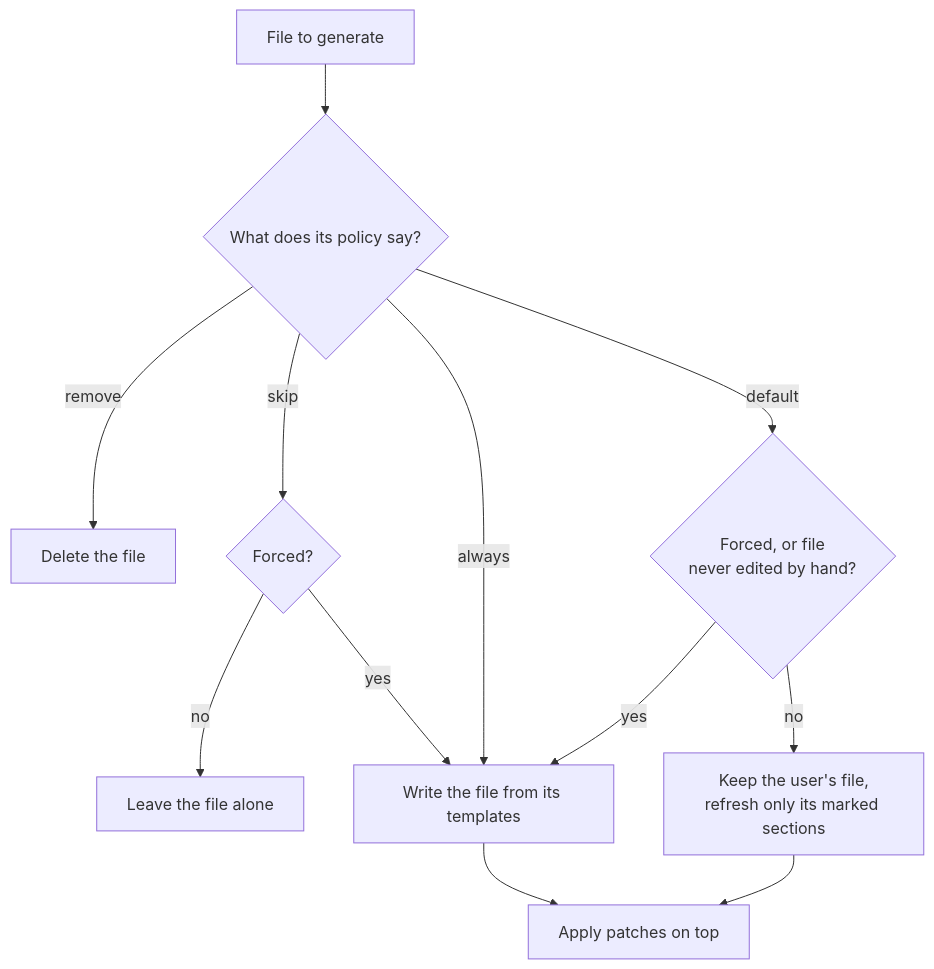
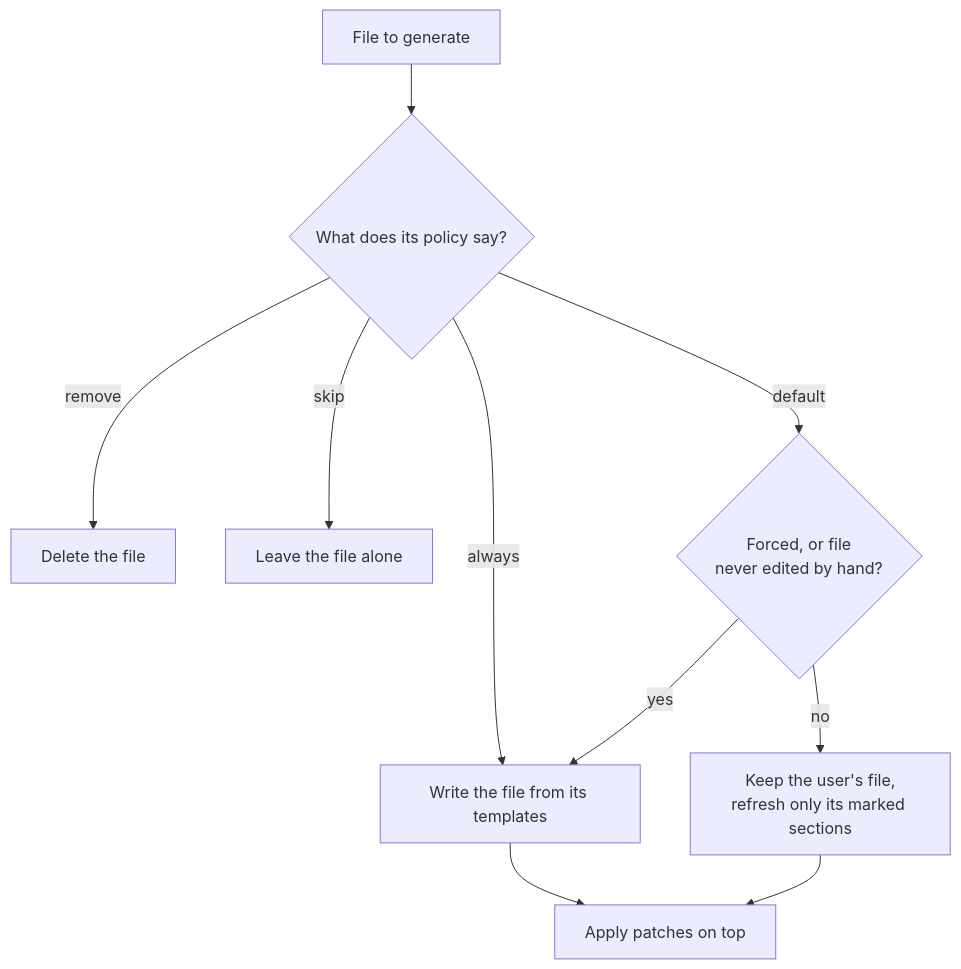
The third of 3 diagrams in README.md (kickr-dev/engine), drawn with Mermaid before and after one commit. The commit also changed 2 other files, not shown here.

Commit message:
fix(policy): make sure Skip policy isn't regenerated on forced like Remove is always removed

````diff
--- a/README.md
+++ b/README.md
@@ -84,18 +84,15 @@
 ```mermaid
 flowchart TB
     File["File to generate"] --> Policy{"What does its policy say?"}
 
     Policy -->|remove| Remove["Delete the file"]
-    Policy -->|skip| Forced{"Forced?"}
+    Policy -->|skip| Untouched["Leave the file alone"]
     Policy -->|always| Write
     Policy -->|default| Owned{"Forced, or file<br/>never edited by hand?"}
-
-    Forced -->|no| Untouched["Leave the file alone"]
-    Forced -->|yes| Write
 
     Owned -->|yes| Write["Write the file from its templates"]
     Owned -->|no| Keep["Keep the user's file,<br/>refresh only its marked sections"]
 
     Write --> Patch["Apply patches on top"]
     Keep --> Patch
 ```
````
